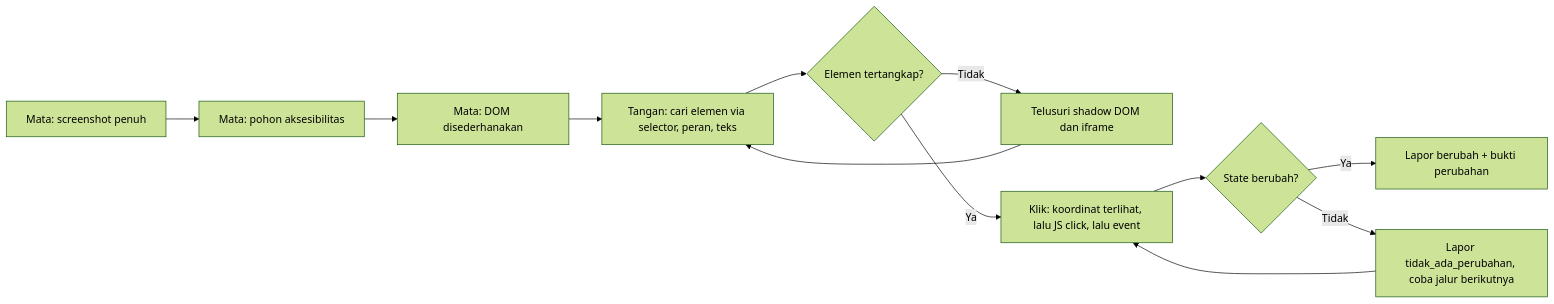
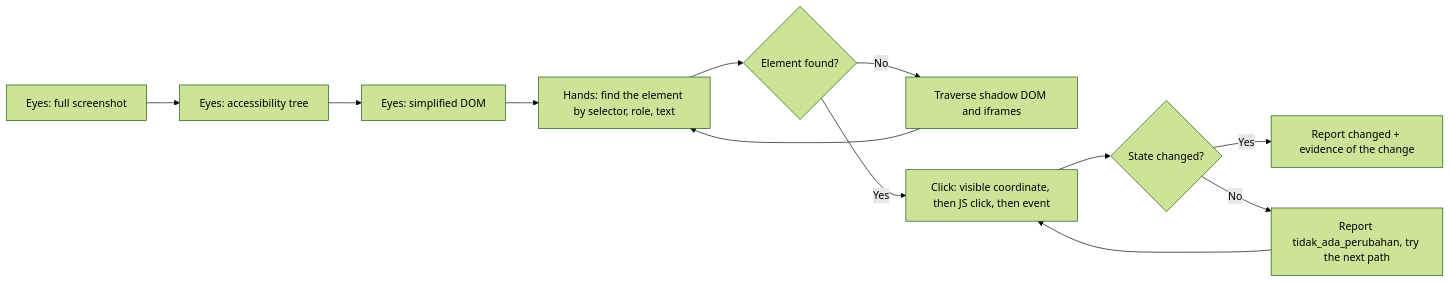
Before and after one commit to adi805/opencrabs-browser: the second of 2 diagrams in docs/prd/PRD-MESIN-BUKA-WEB 041126-0631.md, drawn with Mermaid (forest theme). The commit also changed other lines of this file and 5 other files, not shown here.

````diff
--- a/docs/prd/PRD-MESIN-BUKA-WEB 041126-0631.md
+++ b/docs/prd/PRD-MESIN-BUKA-WEB 041126-0631.md
@@ -157,14 +157,14 @@
 ```mermaid
 flowchart LR
-    M1["Mata: screenshot penuh"] --> M2["Mata: pohon aksesibilitas"]
-    M2 --> M3["Mata: DOM disederhanakan"]
-    M3 --> T1["Tangan: cari elemen via selector, peran, teks"]
-    T1 --> T2{"Elemen tertangkap?"}
-    T2 -->|Tidak| T3["Telusuri shadow DOM dan iframe"]
+    M1["Eyes: full screenshot"] --> M2["Eyes: accessibility tree"]
+    M2 --> M3["Eyes: simplified DOM"]
+    M3 --> T1["Hands: find the element by selector, role, text"]
+    T1 --> T2{"Element found?"}
+    T2 -->|No| T3["Traverse shadow DOM and iframes"]
     T3 --> T1
-    T2 -->|Ya| T4["Klik: koordinat terlihat, lalu JS click, lalu event"]
-    T4 --> V1{"State berubah?"}
-    V1 -->|Ya| V2["Lapor berubah + bukti perubahan"]
-    V1 -->|Tidak| V3["Lapor tidak_ada_perubahan, coba jalur berikutnya"]
+    T2 -->|Yes| T4["Click: visible coordinate, then JS click, then event"]
+    T4 --> V1{"State changed?"}
+    V1 -->|Yes| V2["Report changed + evidence of the change"]
+    V1 -->|No| V3["Report tidak_ada_perubahan, try the next path"]
     V3 --> T4
 ```
````
